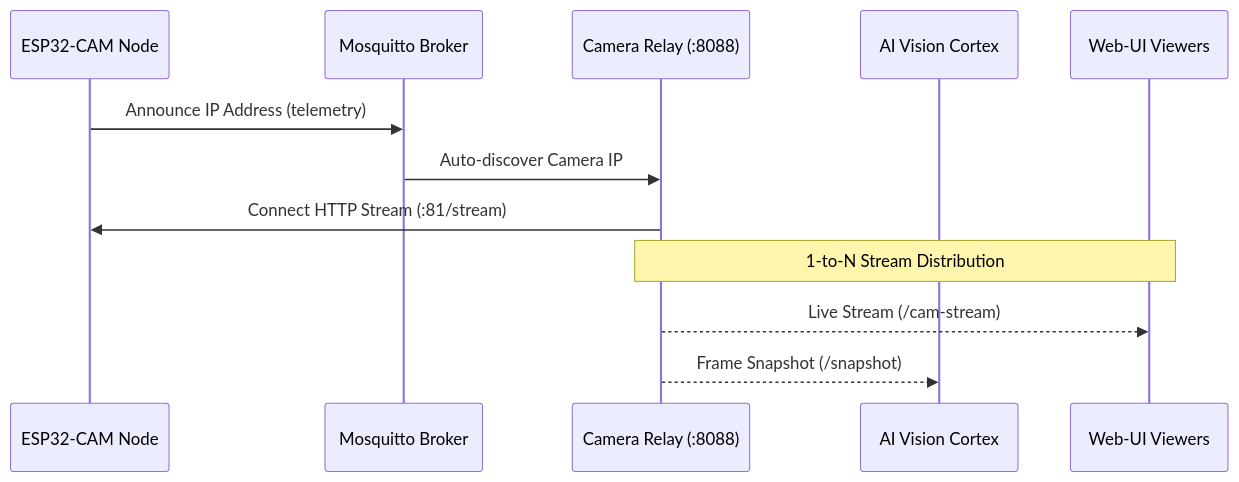
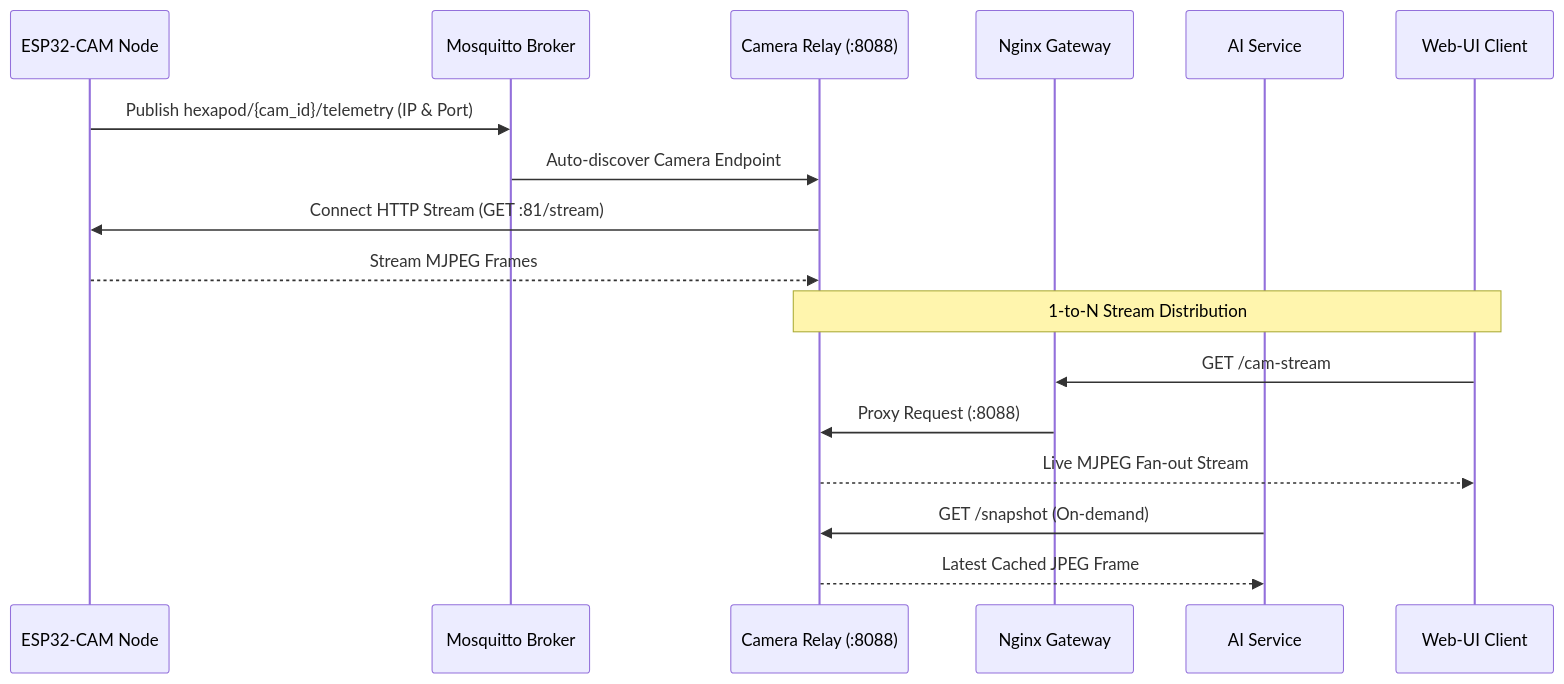
Before and after one commit to GrrGrrMan/spiderbot-pi-hub: the third of 3 diagrams in README.md, drawn with Mermaid. The commit also changed other lines of this file, not shown here.

````diff
--- a/README.md
+++ b/README.md
@@ -107,16 +111,22 @@
 ```mermaid
 sequenceDiagram
-    participant CAM as ESP32-CAM Node
+    participant CAM_HW as ESP32-CAM Node
     participant MQTT as Mosquitto Broker
-    participant Relay as Camera Relay (:8088)
-    participant AI as AI Vision Cortex
-    participant UI as Web-UI Viewers
+    participant CAM_RELAY as Camera Relay (:8088)
+    participant NGINX as Nginx Gateway
+    participant AI as AI Service
+    participant UI as Web-UI Client
 
-    CAM->>MQTT: Announce IP Address (telemetry)
-    MQTT->>Relay: Auto-discover Camera IP
-    Relay->>CAM: Connect HTTP Stream (:81/stream)
+    CAM_HW->>MQTT: Publish hexapod/{cam_id}/telemetry (IP & Port)
+    MQTT->>CAM_RELAY: Auto-discover Camera Endpoint
+    CAM_RELAY->>CAM_HW: Connect HTTP Stream (GET :81/stream)
+    CAM_HW-->>CAM_RELAY: Stream MJPEG Frames
 
-    Note over Relay,UI: 1-to-N Stream Distribution
-    Relay-->>UI: Live Stream (/cam-stream)
-    Relay-->>AI: Frame Snapshot (/snapshot)
+    Note over CAM_RELAY,UI: 1-to-N Stream Distribution
+    UI->>NGINX: GET /cam-stream
+    NGINX->>CAM_RELAY: Proxy Request (:8088)
+    CAM_RELAY-->>UI: Live MJPEG Fan-out Stream
+    
+    AI->>CAM_RELAY: GET /snapshot (On-demand)
+    CAM_RELAY-->>AI: Latest Cached JPEG Frame
 ```
````
